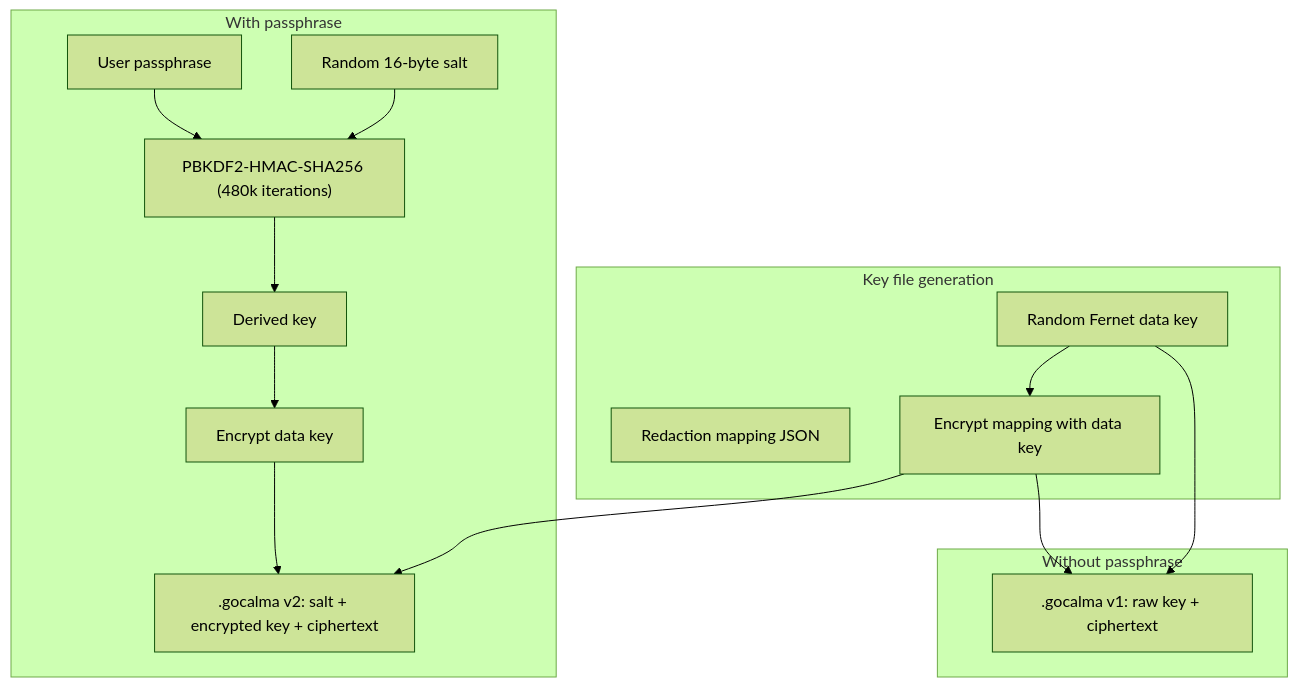
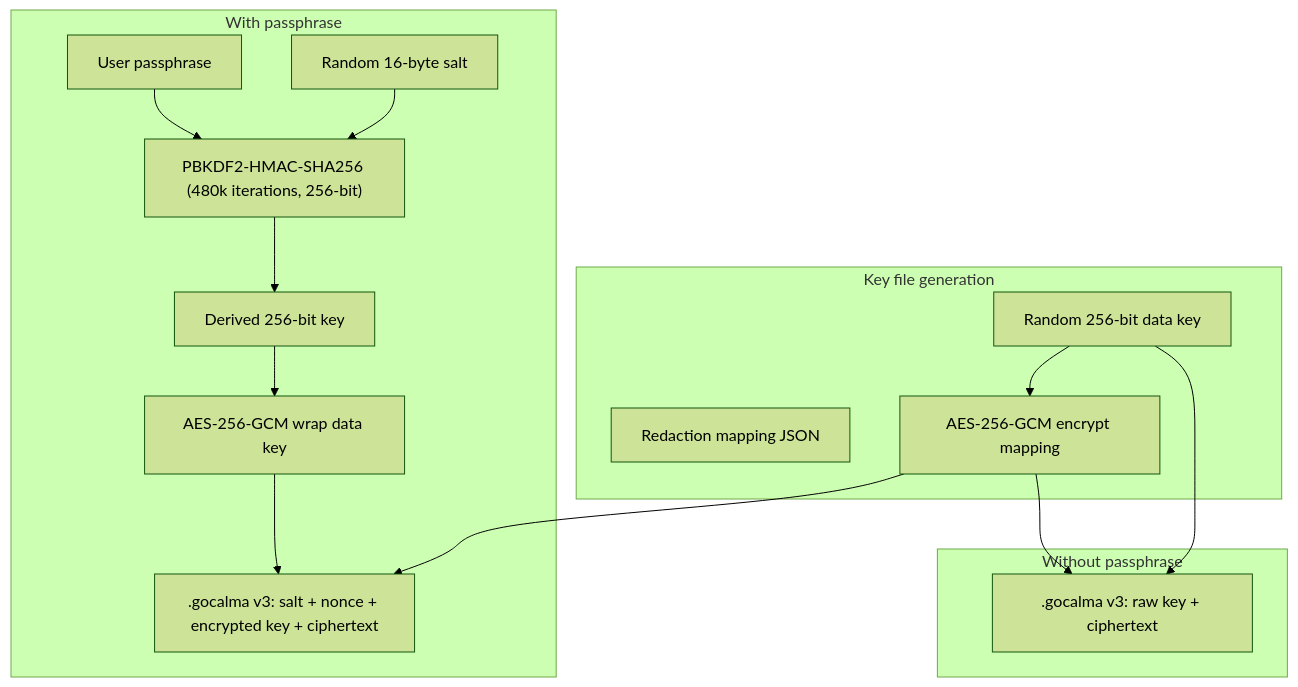
Before and after one commit to alallaqi/go-calma-redact: the fourth of 4 diagrams in README.md, drawn with Mermaid (forest theme). The commit also changed other lines of this file and 7 other files, not shown here.

````diff
--- a/README.md
+++ b/README.md
@@ -284,22 +301,22 @@
 ```mermaid
 flowchart TD
     subgraph KeyGen [Key file generation]
-        DataKey[Random Fernet data key]
+        DataKey["Random 256-bit data key"]
         Mapping[Redaction mapping JSON]
-        DataKey --> EncryptMap[Encrypt mapping with data key]
+        DataKey --> EncryptMap["AES-256-GCM encrypt mapping"]
     end
     subgraph WithPassword [With passphrase]
         Password[User passphrase]
         Salt[Random 16-byte salt]
-        Password --> PBKDF2["PBKDF2-HMAC-SHA256 (480k iterations)"]
+        Password --> PBKDF2["PBKDF2-HMAC-SHA256 (480k iterations, 256-bit)"]
         Salt --> PBKDF2
-        PBKDF2 --> DerivedKey[Derived key]
-        DerivedKey --> EncryptDataKey[Encrypt data key]
-        EncryptDataKey --> V2File[".gocalma v2: salt + encrypted key + ciphertext"]
+        PBKDF2 --> DerivedKey[Derived 256-bit key]
+        DerivedKey --> EncryptDataKey["AES-256-GCM wrap data key"]
+        EncryptDataKey --> V3File[".gocalma v3: salt + nonce + encrypted key + ciphertext"]
     end
     subgraph WithoutPassword [Without passphrase]
-        DataKey --> V1File[".gocalma v1: raw key + ciphertext"]
+        DataKey --> V3FileNoPw[".gocalma v3: raw key + ciphertext"]
     end
-    EncryptMap --> V2File
-    EncryptMap --> V1File
+    EncryptMap --> V3File
+    EncryptMap --> V3FileNoPw
 ```
````
